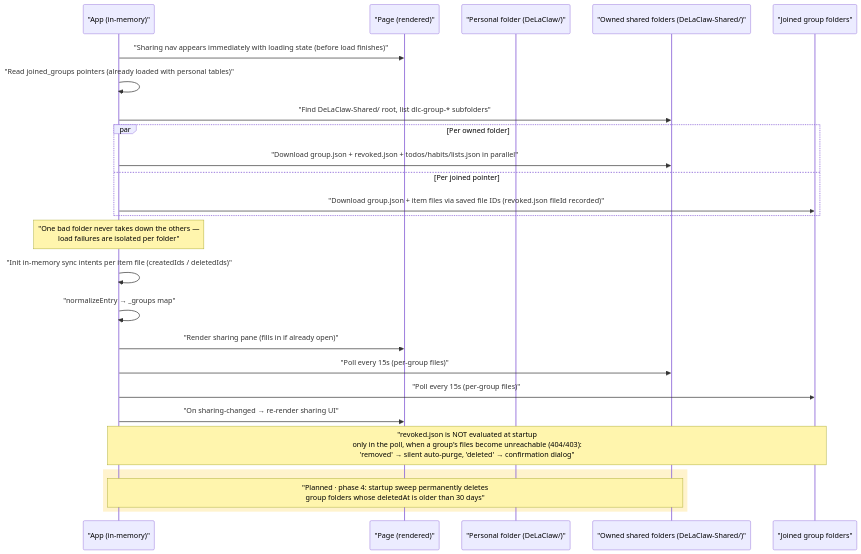
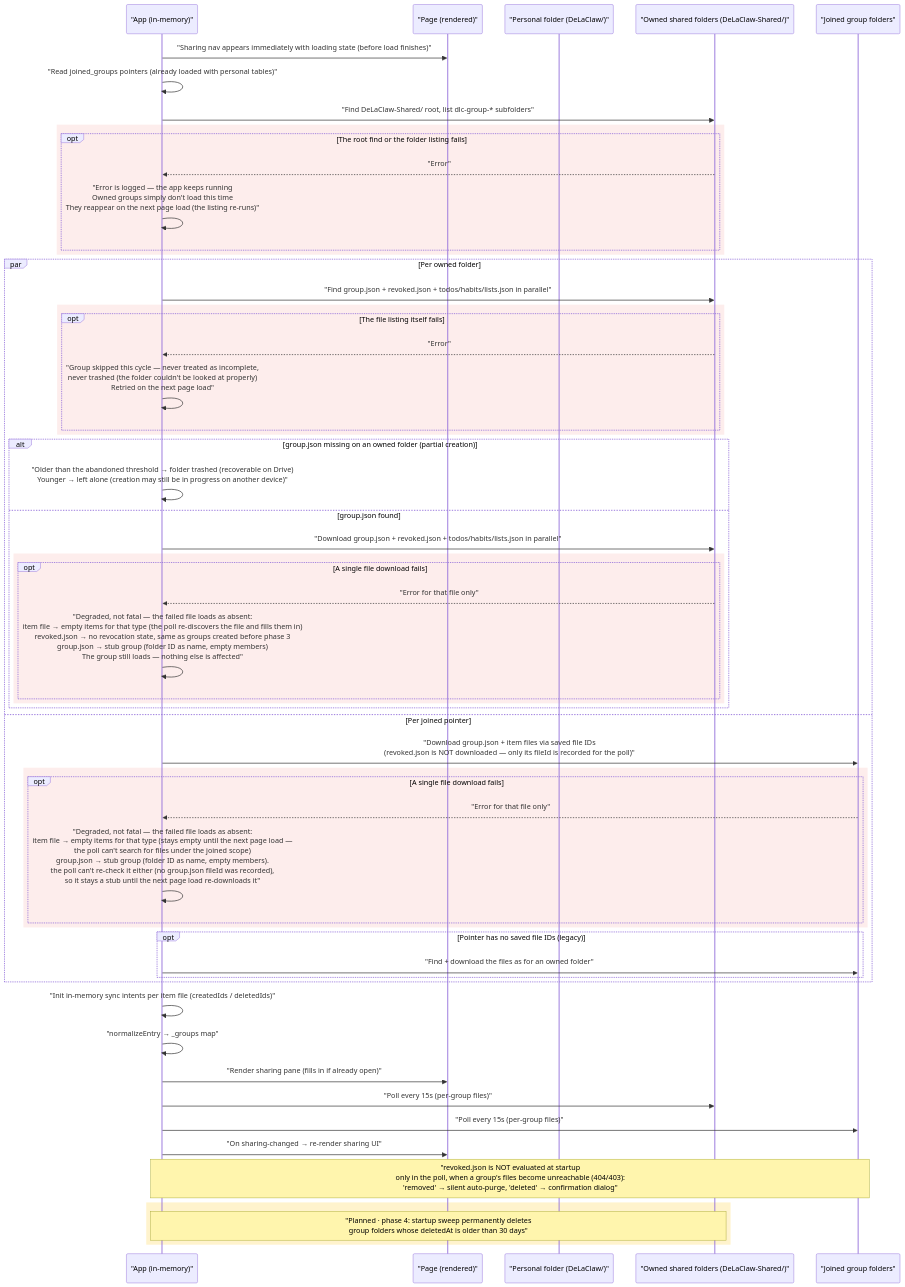
One commit to AntGro/DeLaClaw changed the fourth of 8 diagrams in docs-site/sync-architecture.md. Above: the diagram before and after it, drawn with Mermaid. The commit also changed 5 other files, not shown here.

First line of the commit message:
docs(sync-architecture): error paths for sharing-startup group loads

````diff
--- a/docs-site/sync-architecture.md
+++ b/docs-site/sync-architecture.md
@@ -230,33 +230,64 @@
 ```mermaid
 sequenceDiagram
     participant App as "App (in-memory)"
     participant Page as "Page (rendered)"
     participant PF as "Personal folder (DeLaClaw/)"
     participant OWN as "Owned shared folders (DeLaClaw-Shared/)"
     participant JOIN as "Joined group folders"
 
     App->>Page: "Sharing nav appears immediately with loading state (before load finishes)"
     App->>App: "Read joined_groups pointers (already loaded with personal tables)"
     App->>OWN: "Find DeLaClaw-Shared/ root, list dlc-group-* subfolders"
 
-    par Per owned folder
-        App->>OWN: "Download group.json + revoked.json + todos/habits/lists.json in parallel"
-    and Per joined pointer
-        App->>JOIN: "Download group.json + item files via saved file IDs (revoked.json fileId recorded)"
+    rect rgb(253, 237, 236)
+    opt The root find or the folder listing fails
+        OWN-->>App: "Error"
+        App->>App: "Error is logged — the app keeps running<br/>Owned groups simply don't load this time<br/>They reappear on the next page load (the listing re-runs)"
+    end
     end
 
-    Note over App: "One bad folder never takes down the others —<br/>load failures are isolated per folder"
+    par Per owned folder
+        App->>OWN: "Find group.json + revoked.json + todos/habits/lists.json in parallel"
+        rect rgb(253, 237, 236)
+        opt The file listing itself fails
+            OWN-->>App: "Error"
+            App->>App: "Group skipped this cycle — never treated as incomplete,<br/>never trashed (the folder couldn't be looked at properly)<br/>Retried on the next page load"
+        end
+        end
+        alt group.json missing on an owned folder (partial creation)
+            App->>App: "Older than the abandoned threshold → folder trashed (recoverable on Drive)<br/>Younger → left alone (creation may still be in progress on another device)"
+        else group.json found
+            App->>OWN: "Download group.json + revoked.json + todos/habits/lists.json in parallel"
+            rect rgb(253, 237, 236)
+            opt A single file download fails
+                OWN-->>App: "Error for that file only"
+                App->>App: "Degraded, not fatal — the failed file loads as absent:<br/>item file → empty items for that type (the poll re-discovers the file and fills them in)<br/>revoked.json → no revocation state, same as groups created before phase 3<br/>group.json → stub group (folder ID as name, empty members)<br/>The group still loads — nothing else is affected"
+            end
+            end
+        end
+    and Per joined pointer
+        App->>JOIN: "Download group.json + item files via saved file IDs<br/>(revoked.json is NOT downloaded — only its fileId is recorded for the poll)"
+        rect rgb(253, 237, 236)
+        opt A single file download fails
+            JOIN-->>App: "Error for that file only"
+            App->>App: "Degraded, not fatal — the failed file loads as absent:<br/>item file → empty items for that type (stays empty until the next page load —<br/>the poll can't search for files under the joined scope)<br/>group.json → stub group (folder ID as name, empty members).<br/>the poll can't re-check it either (no group.json fileId was recorded),<br/>so it stays a stub until the next page load re-downloads it"
+        end
+        end
+        opt Pointer has no saved file IDs (legacy)
+            App->>JOIN: "Find + download the files as for an owned folder"
+        end
+    end
 
     App->>App: "Init in-memory sync intents per item file (createdIds / deletedIds)"
     App->>App: "normalizeEntry → _groups map"
     App->>Page: "Render sharing pane (fills in if already open)"
     App->>OWN: "Poll every 15s (per-group files)"
     App->>JOIN: "Poll every 15s (per-group files)"
     App->>Page: "On sharing-changed → re-render sharing UI"
 
     Note over App,JOIN: "revoked.json is NOT evaluated at startup<br/>only in the poll, when a group's files become unreachable (404/403):<br/>'removed' → silent auto-purge, 'deleted' → confirmation dialog"
 
     rect rgb(255, 243, 205)
     Note over App,OWN: "Planned · phase 4: startup sweep permanently deletes<br/>group folders whose deletedAt is older than 30 days"
     end
 ```
````
